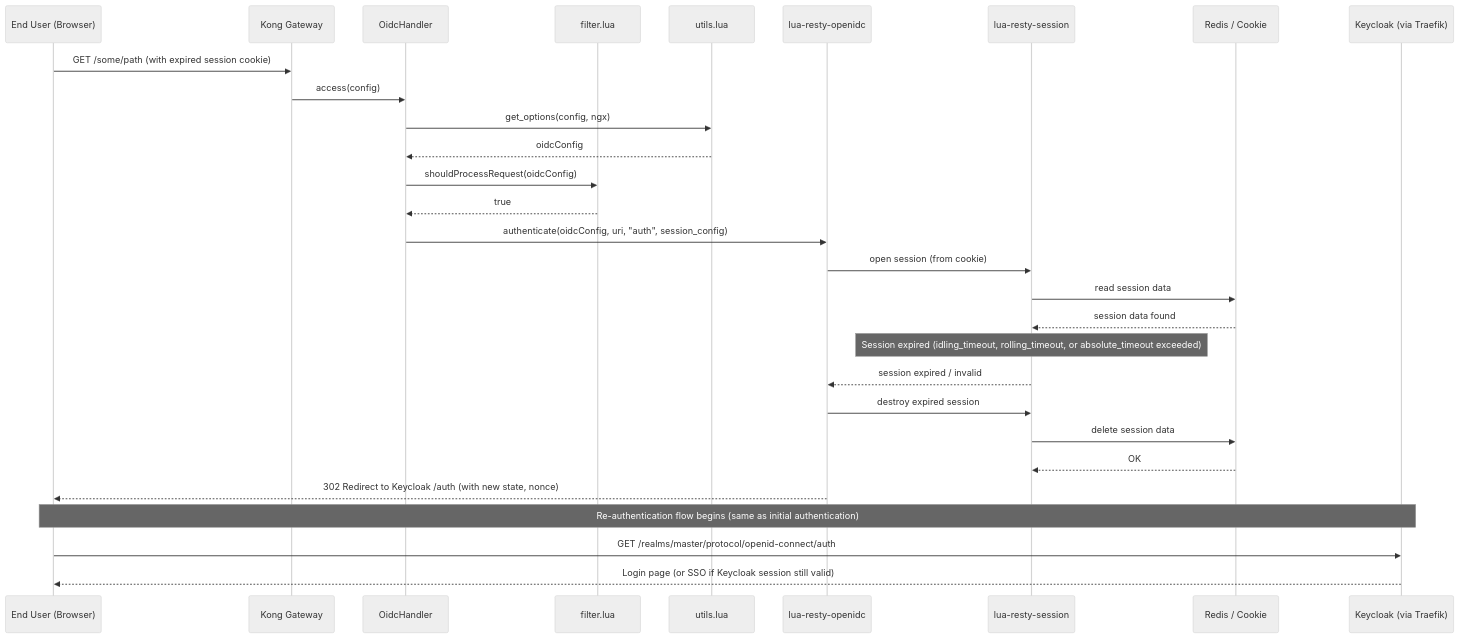
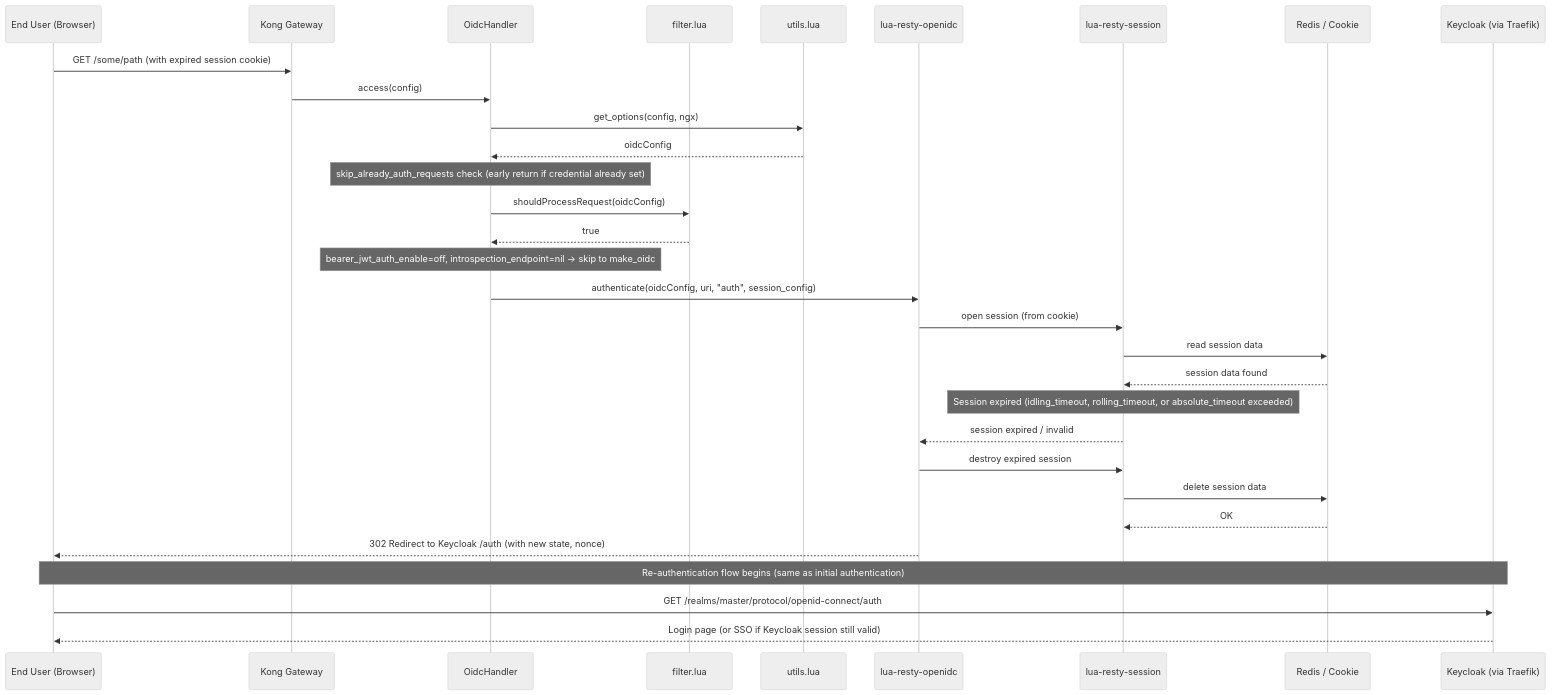
The sixth of 8 diagrams in docs/architecture.md (suwa-sh/kong-plugin-oidc), drawn with Mermaid (neutral theme) before and after one commit. The commit also changed other lines of this file, not shown here.

First line of the commit message:
docs: add C4 Model architecture diagrams

````diff
--- a/docs/architecture.md
+++ b/docs/architecture.md
@@ -204,38 +213,42 @@
 ```mermaid
 sequenceDiagram
     participant Client as End User (Browser)
     participant Kong as Kong Gateway
     participant Handler as OidcHandler
     participant Filter as filter.lua
     participant Utils as utils.lua
     participant OpenIDC as lua-resty-openidc
     participant Session as lua-resty-session
     participant Redis as Redis / Cookie
     participant Keycloak as Keycloak (via Traefik)
 
     Client->>Kong: GET /some/path (with expired session cookie)
     Kong->>Handler: access(config)
     Handler->>Utils: get_options(config, ngx)
     Utils-->>Handler: oidcConfig
+
+    Note over Handler: skip_already_auth_requests check (early return if credential already set)
+
     Handler->>Filter: shouldProcessRequest(oidcConfig)
     Filter-->>Handler: true
 
+    Note over Handler: bearer_jwt_auth_enable=off, introspection_endpoint=nil -> skip to make_oidc
     Handler->>OpenIDC: authenticate(oidcConfig, uri, "auth", session_config)
     OpenIDC->>Session: open session (from cookie)
     Session->>Redis: read session data
     Redis-->>Session: session data found
 
     Note over Session: Session expired (idling_timeout, rolling_timeout, or absolute_timeout exceeded)
 
     Session-->>OpenIDC: session expired / invalid
     OpenIDC->>Session: destroy expired session
     Session->>Redis: delete session data
     Redis-->>Session: OK
 
     OpenIDC-->>Client: 302 Redirect to Keycloak /auth (with new state, nonce)
 
     Note over Client,Keycloak: Re-authentication flow begins (same as initial authentication)
 
     Client->>Keycloak: GET /realms/master/protocol/openid-connect/auth
     Keycloak-->>Client: Login page (or SSO if Keycloak session still valid)
 ```
````
